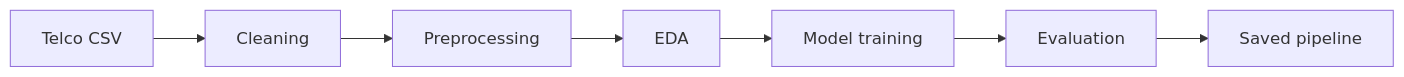
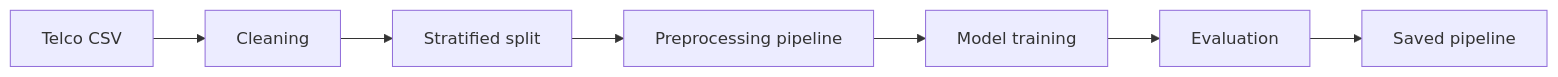
Before and after one commit to abosameh522/customer-churn-prediction: the diagram in README.md, drawn with Mermaid. The commit also changed other lines of this file, not shown here.

````diff
--- a/README.md
+++ b/README.md
@@ -27,9 +32,9 @@
 ```mermaid
 flowchart LR
     A[Telco CSV] --> B[Cleaning]
-    B --> C[Preprocessing]
-    C --> D[EDA]
+    B --> C[Stratified split]
+    C --> D[Preprocessing pipeline]
     D --> E[Model training]
     E --> F[Evaluation]
     F --> G[Saved pipeline]
 ```
````
